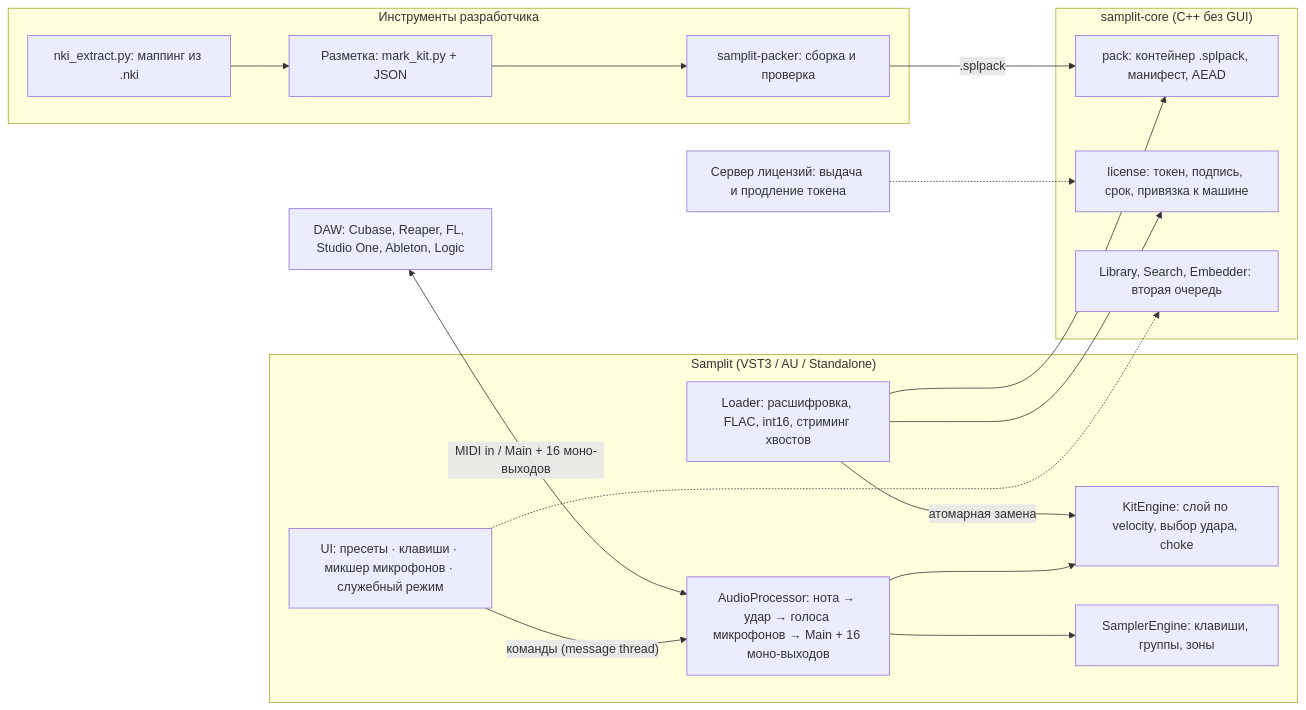
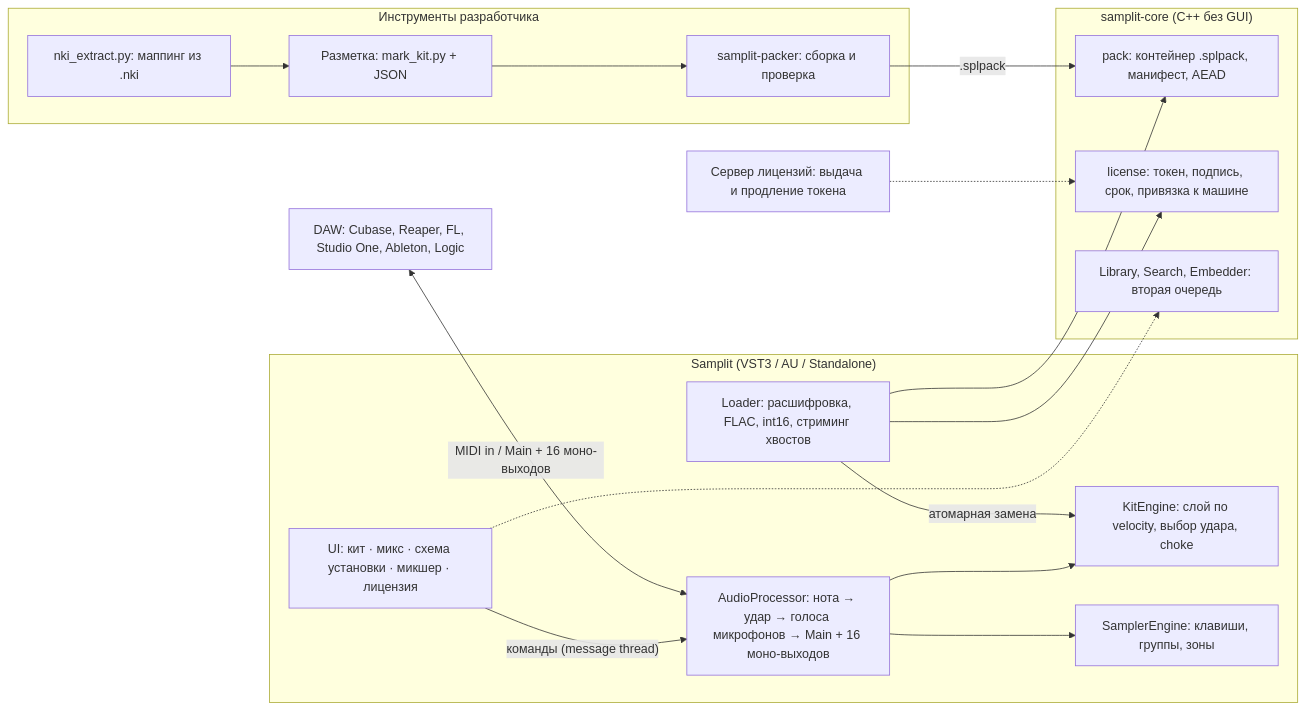
One commit to Alexashin/samplit changed the first of 2 diagrams in docs/project-card.md. Above: the diagram before and after it, drawn with Mermaid. The commit also changed other lines of this file and 55 other files, not shown here.

First line of the commit message:
Кит и микс отдельно, схема установки, параметры автоматизации, версия 0.2.0

````diff
--- a/docs/project-card.md
+++ b/docs/project-card.md
@@ -135,31 +135,31 @@
 ```mermaid
 flowchart LR
   subgraph PLUGIN["Samplit (VST3 / AU / Standalone)"]
-    UI["UI: пресеты · клавиши · микшер микрофонов · служебный режим"]
+    UI["UI: кит · микс · схема установки · микшер · лицензия"]
     PROC["AudioProcessor: нота → удар → голоса микрофонов → Main + 16 моно-выходов"]
     ENG["KitEngine: слой по velocity, выбор удара, choke"]
     SAMP["SamplerEngine: клавиши, группы, зоны"]
     LOAD["Loader: расшифровка, FLAC, int16, стриминг хвостов"]
     UI -- "команды (message thread)" --> PROC
     PROC --> ENG
     PROC --> SAMP
     LOAD -- "атомарная замена" --> ENG
   end
   subgraph CORE["samplit-core (C++ без GUI)"]
     PACK["pack: контейнер .splpack, манифест, AEAD"]
     LIC["license: токен, подпись, срок, привязка к машине"]
     LIB["Library, Search, Embedder: вторая очередь"]
   end
   subgraph TOOLS["Инструменты разработчика"]
     NKI["nki_extract.py: маппинг из .nki"]
     MARK["Разметка: mark_kit.py + JSON"]
     PACKER["samplit-packer: сборка и проверка"]
     NKI --> MARK --> PACKER
   end
   PACKER -- ".splpack" --> PACK
   SRV["Сервер лицензий: выдача и продление токена"] -.-> LIC
   LOAD --> PACK
   LOAD --> LIC
   UI -.-> LIB
   DAW["DAW: Cubase, Reaper, FL, Studio One, Ableton, Logic"] <-- "MIDI in / Main + 16 моно-выходов" --> PROC
 ```
````
